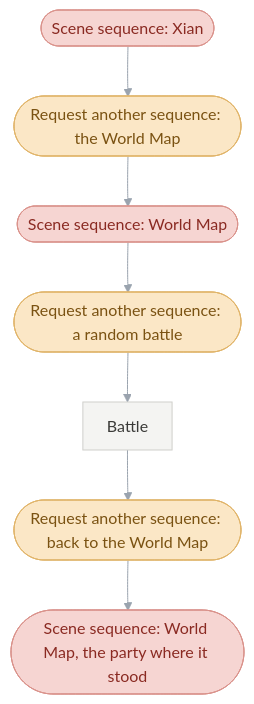
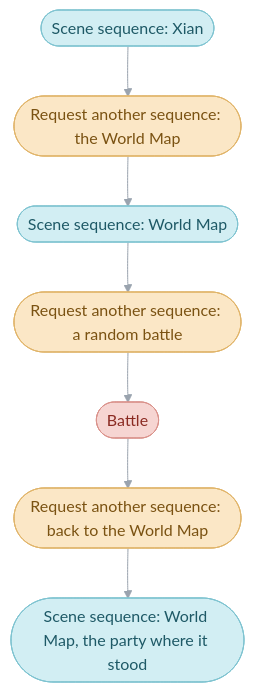
One commit to PascalPixel/alchemy changed the third of 7 diagrams in games/tbs/README.md. Above: the diagram before and after it, drawn with Mermaid. The commit also changed other lines of this file, not shown here.

Commit message:
☀️ Front page: the scene sequence in cyan, battles in red

````diff
--- a/games/tbs/README.md
+++ b/games/tbs/README.md
@@ -67,16 +70,17 @@
 ```mermaid
 %%{init: {"theme": "base", "themeVariables": {"lineColor": "#9AA3AE", "edgeLabelBackground": "#FFFFFF"}, "flowchart": {"curve": "basis", "padding": 12}}}%%
 flowchart TD
   xian(["Scene sequence: Xian"]) --> ask1(["Request another sequence: the World Map"])
   ask1 --> world(["Scene sequence: World Map"]) --> ask2(["Request another sequence: a random battle"])
-  ask2 --> battle["Battle"] --> ask3(["Request another sequence: back to the World Map"])
+  ask2 --> battle(["Battle"]) --> ask3(["Request another sequence: back to the World Map"])
   ask3 --> again(["Scene sequence: World Map, the party where it stood"])
   classDef sequenceManager fill:#DDE3EC,stroke:#8FA0B8,color:#2E3C50
-  classDef sceneSequence fill:#F6D5D2,stroke:#D9928B,color:#8A2A22
+  classDef sceneSequence fill:#D2EEF3,stroke:#7FC3D0,color:#1E5966
+  classDef battle fill:#F6D5D2,stroke:#D9928B,color:#8A2A22
   classDef sceneManager fill:#D3EBD9,stroke:#8DC49E,color:#25603A
   classDef request fill:#FBE7C6,stroke:#E0B46A,color:#7A5212
   classDef step fill:#F4F4F2,stroke:#CFCFCB,color:#3A3A38
   class xian,world,again sceneSequence
   class ask1,ask2,ask3 request
-  class battle step
+  class battle battle
 ```
````
